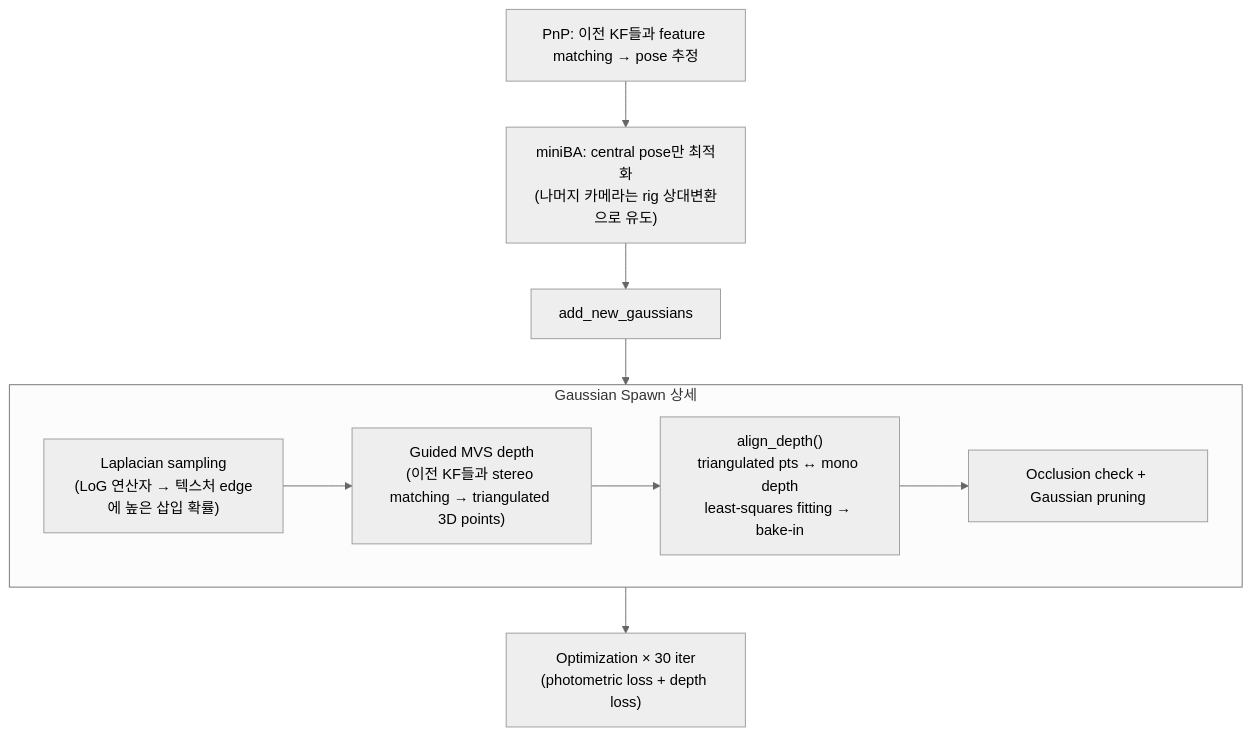
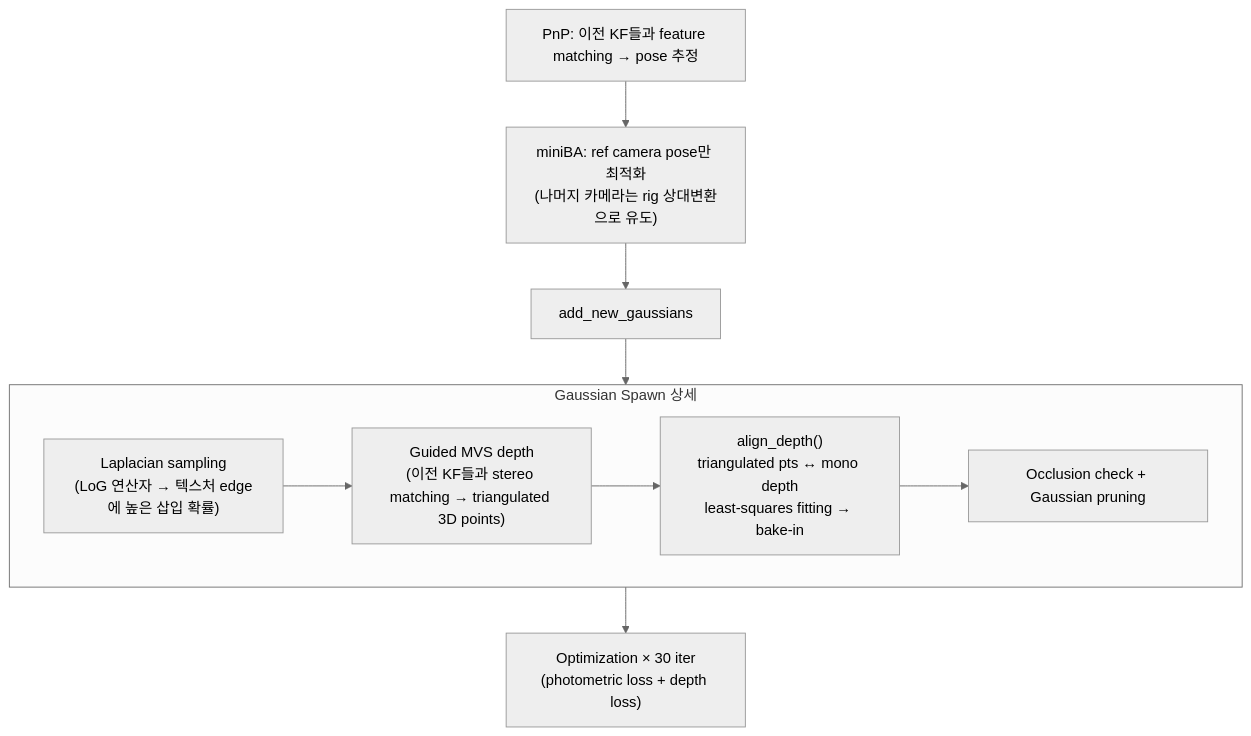
The second of 5 diagrams in daily_docs/260131-ontheflynvs_multiview_spawn.md (kyowon1108/gsplat-onthefly-nvs-study), drawn with Mermaid (neutral theme) before and after one commit. The commit also changed other lines of this file, not shown here.

````diff
--- a/daily_docs/260131-ontheflynvs_multiview_spawn.md
+++ b/daily_docs/260131-ontheflynvs_multiview_spawn.md
@@ -35,14 +35,14 @@
 ```mermaid
 flowchart TD
-    A["PnP: 이전 KF들과 feature matching → pose 추정"] --> B["miniBA: central pose만 최적화<br/>(나머지 카메라는 rig 상대변환으로 유도)"]
+    A["PnP: 이전 KF들과 feature matching → pose 추정"] --> B["miniBA: ref camera pose만 최적화<br/>(나머지 카메라는 rig 상대변환으로 유도)"]
     B --> C["add_new_gaussians"]
     subgraph spawn["Gaussian Spawn 상세"]
         C1["Laplacian sampling<br/>(LoG 연산자 → 텍스처 edge에 높은 삽입 확률)"]
         C2["Guided MVS depth<br/>(이전 KF들과 stereo matching → triangulated 3D points)"]
         C3["align_depth()<br/>triangulated pts ↔ mono depth<br/>least-squares fitting → bake-in"]
         C4["Occlusion check + Gaussian pruning"]
         C1 --> C2 --> C3 --> C4
     end
     C --> spawn
     spawn --> D["Optimization × 30 iter<br/>(photometric loss + depth loss)"]
 ```
````
